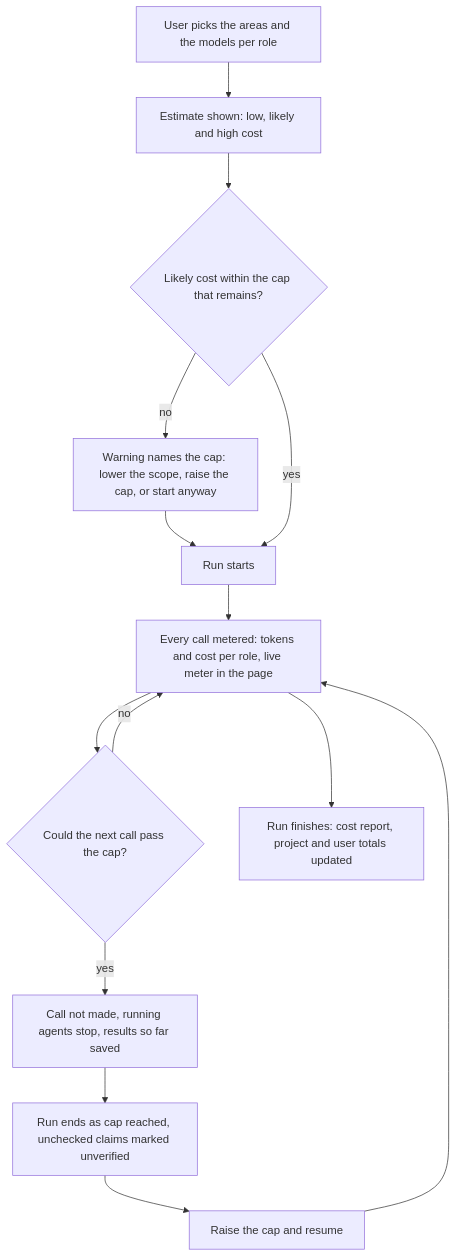
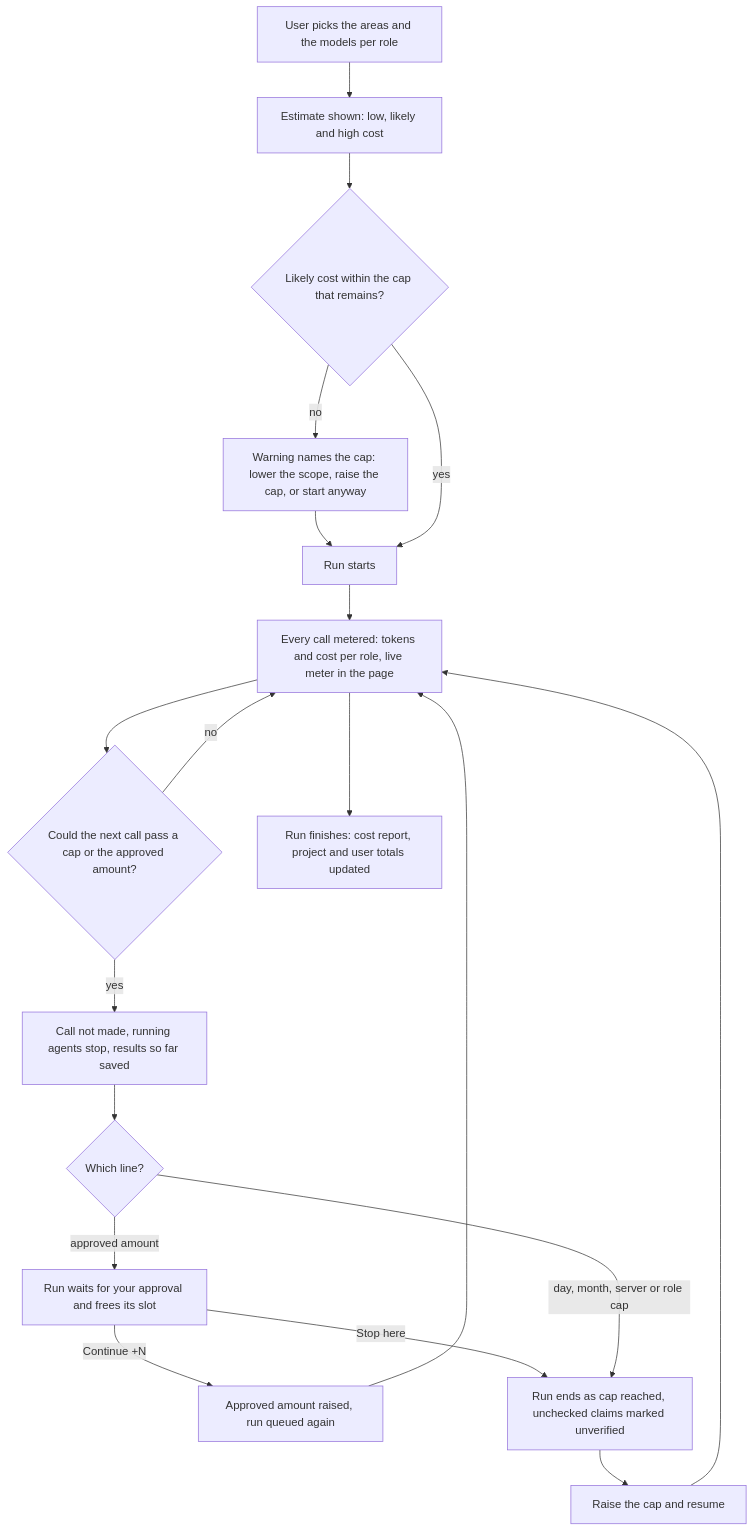
Before and after one commit to blacklight0101/Rosetta: the fourth of 8 diagrams in docs/process-flows.md, drawn with Mermaid. The commit also changed other lines of this file and 87 other files, not shown here.

First line of the commit message:
feat: pause and ask near the approved amount (P7-05) (#1083) (#1083)

````diff
--- a/docs/process-flows.md
+++ b/docs/process-flows.md
@@ -109,15 +109,19 @@
 ```mermaid
 flowchart TB
   A[User picks the areas and the models per role] --> B[Estimate shown: low, likely and high cost]
   B --> C{Likely cost within the cap that remains?}
   C -->|no| C1[Warning names the cap: lower the scope, raise the cap, or start anyway] --> D
   C -->|yes| D[Run starts]
   D --> E[Every call metered: tokens and cost per role, live meter in the page]
-  E --> F{Could the next call pass the cap?}
+  E --> F{Could the next call pass a cap or the approved amount?}
   F -->|no| E
   F -->|yes| G[Call not made, running agents stop, results so far saved]
-  G --> H[Run ends as cap reached, unchecked claims marked unverified]
+  G --> K{Which line?}
+  K -->|approved amount| P[Run waits for your approval and frees its slot]
+  P -->|Continue +N| Q[Approved amount raised, run queued again] --> E
+  P -->|Stop here| H
+  K -->|day, month, server or role cap| H[Run ends as cap reached, unchecked claims marked unverified]
   H --> I[Raise the cap and resume]
   I --> E
   E --> J[Run finishes: cost report, project and user totals updated]
 ```
````
